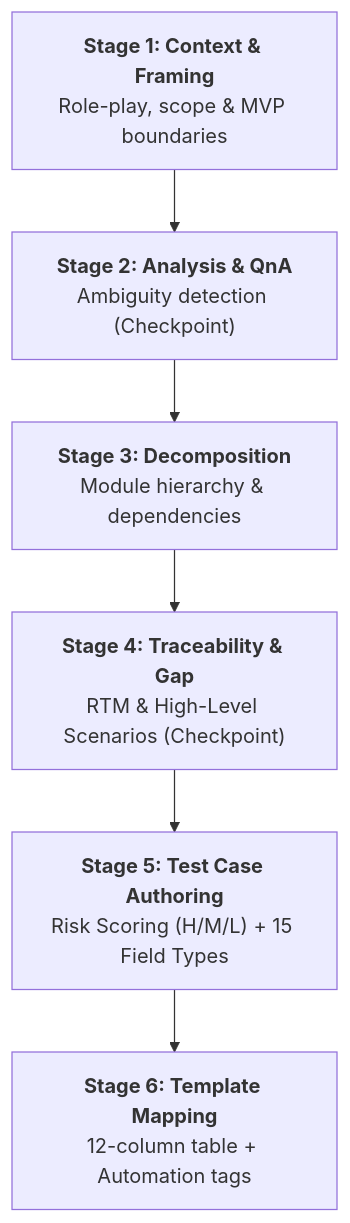
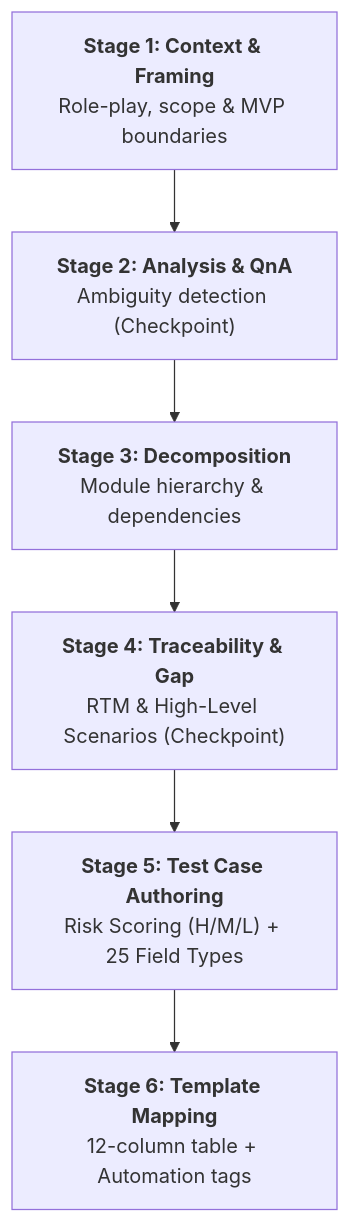
The diagram in test-design/manual-rbt/rbt-manual-testing/SKILL.md (TeeVee98/Synapse-Hub), drawn with Mermaid before and after one commit. The commit also changed other lines of this file and 37 other files, not shown here.

````diff
--- a/test-design/manual-rbt/rbt-manual-testing/SKILL.md
+++ b/test-design/manual-rbt/rbt-manual-testing/SKILL.md
@@ -79,8 +79,8 @@
 ```mermaid
 flowchart TD
     S1["<b>Stage 1: Context & Framing</b><br/>Role-play, scope & MVP boundaries"] --> S2["<b>Stage 2: Analysis & QnA</b><br/>Ambiguity detection (Checkpoint)"]
     S2 --> S3["<b>Stage 3: Decomposition</b><br/>Module hierarchy & dependencies"]
     S3 --> S4["<b>Stage 4: Traceability & Gap</b><br/>RTM & High-Level Scenarios (Checkpoint)"]
-    S4 --> S5["<b>Stage 5: Test Case Authoring</b><br/>Risk Scoring (H/M/L) + 15 Field Types"]
+    S4 --> S5["<b>Stage 5: Test Case Authoring</b><br/>Risk Scoring (H/M/L) + 25 Field Types"]
     S5 --> S6["<b>Stage 6: Template Mapping</b><br/>12-column table + Automation tags"]
 ```
````
